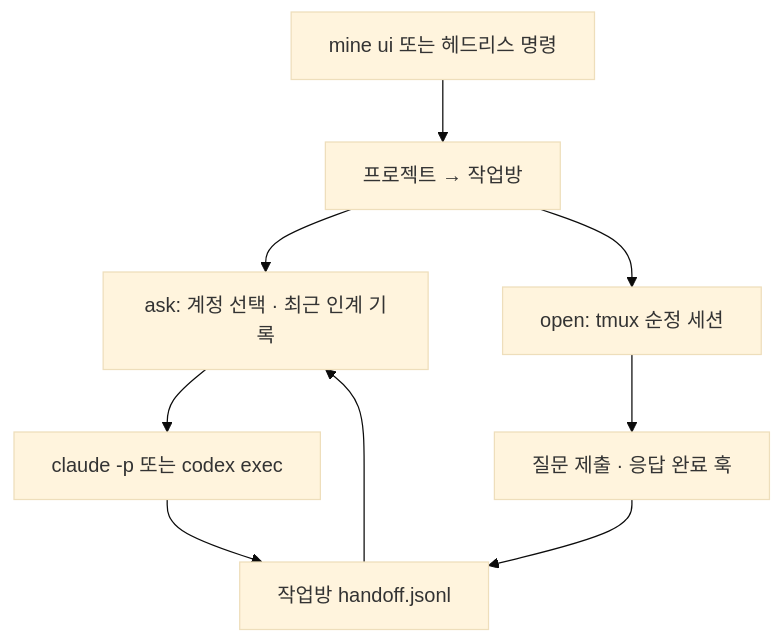
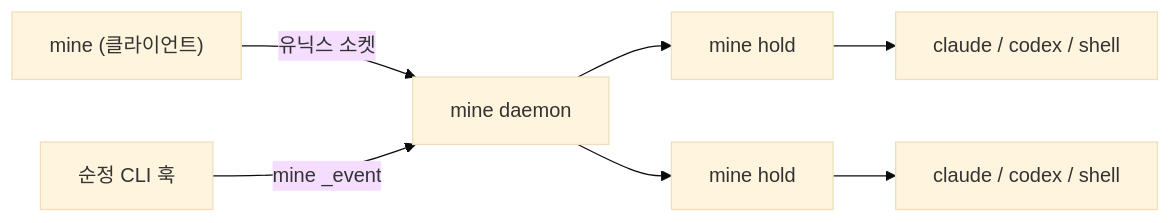
The diagram in README.md (oyobbeb/mine), drawn with Mermaid (base theme) before and after one commit. The commit also changed other lines of this file and 4 other files, not shown here.

First line of the commit message:
refactor(cli): replace the Python prototype with the Rust mine

````diff
--- a/README.md
+++ b/README.md
@@ -11,11 +11,7 @@
 ```mermaid
-flowchart TD
-    UI["mine ui 또는 헤드리스 명령"] --> WS["프로젝트 → 작업방"]
-    WS --> Ask["ask: 계정 선택 · 최근 인계 기록"]
-    Ask --> CLI["claude -p 또는 codex exec"]
-    CLI --> Journal["작업방 handoff.jsonl"]
-    WS --> Native["open: tmux 순정 세션"]
-    Native --> Hooks["질문 제출 · 응답 완료 훅"]
-    Hooks --> Journal
-    Journal --> Ask
+flowchart LR
+    Client["mine (클라이언트)"] -->|"유닉스 소켓"| Daemon["mine daemon"]
+    Daemon --> H1["mine hold"] --> S1["claude / codex / shell"]
+    Daemon --> H2["mine hold"] --> S2["claude / codex / shell"]
+    Hook["순정 CLI 훅"] -->|"mine _event"| Daemon
 ```
````
